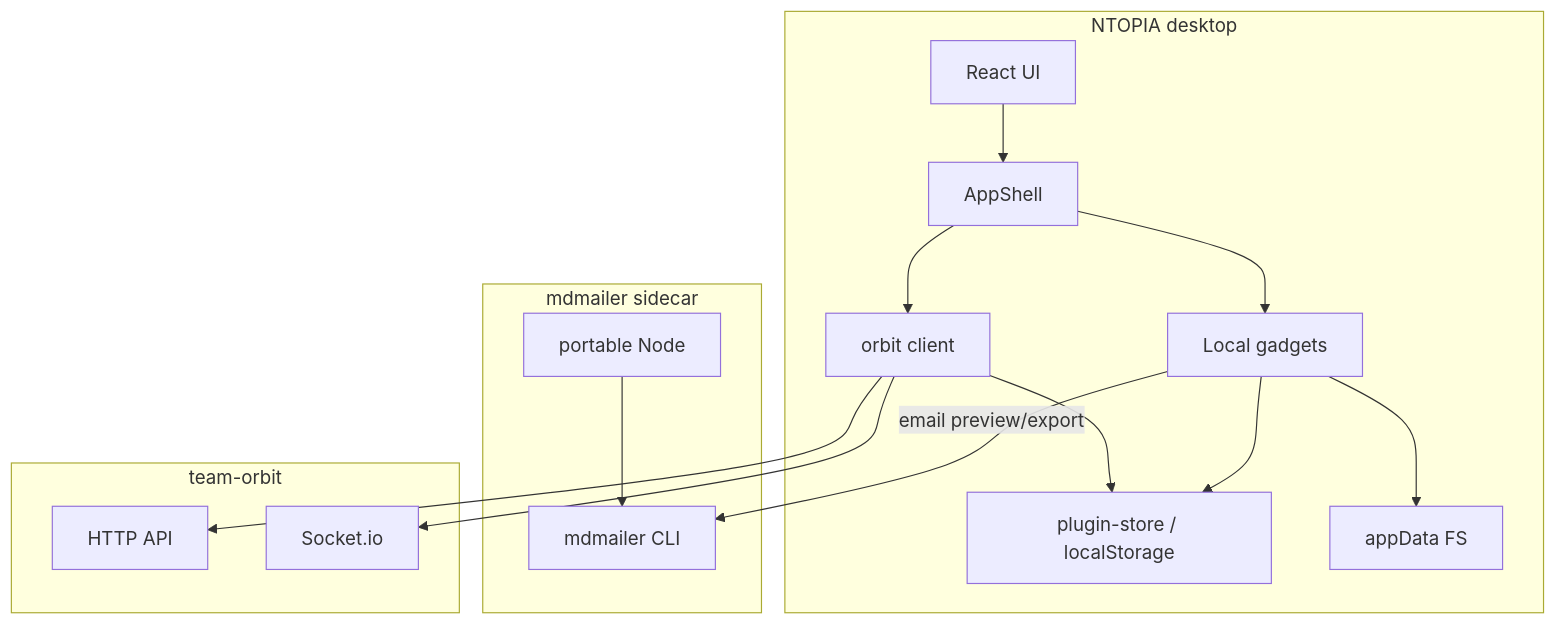
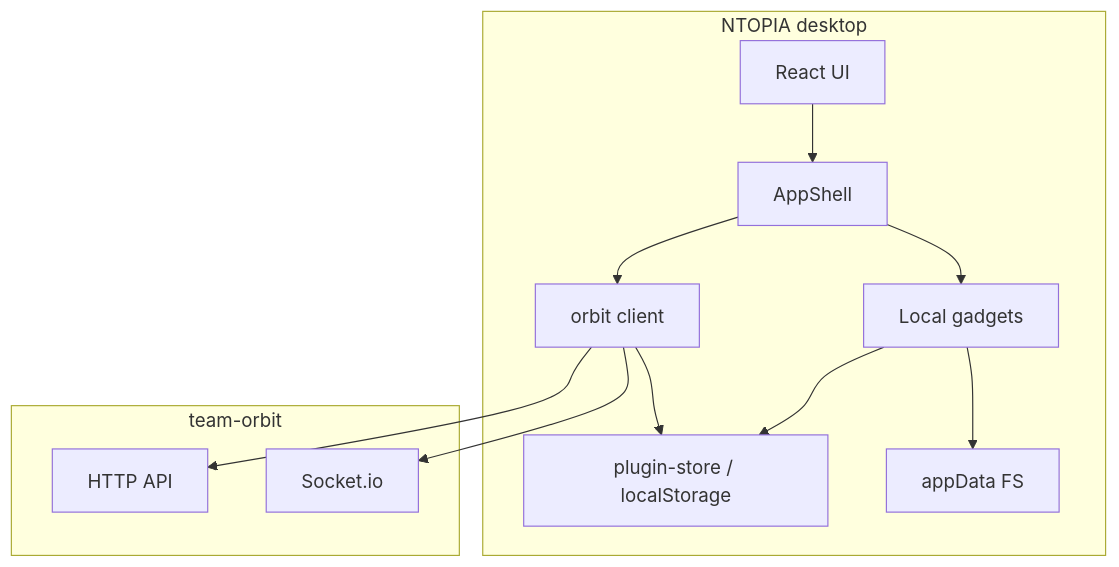
The diagram in docs/architecture.md (cyborgoat/ntopia), drawn with Mermaid before and after one commit. The commit also changed other lines of this file and 44 other files, not shown here.

First line of the commit message:
Render emails in-process with mdmailer-core and drop the Node sidecar

````diff
--- a/docs/architecture.md
+++ b/docs/architecture.md
@@ -37,31 +37,24 @@
 ```mermaid
 flowchart TB
   subgraph client [NTOPIA desktop]
     UI[React UI]
     Shell[AppShell]
     Gadgets[Local gadgets]
     OrbitLib[orbit client]
     Store[plugin-store / localStorage]
     UI --> Shell
     Shell --> Gadgets
     Shell --> OrbitLib
     OrbitLib --> Store
     Gadgets --> Store
     Gadgets --> FS[appData FS]
   end
 
-  subgraph sidecar [mdmailer sidecar]
-    Node[portable Node]
-    Mdmailer[mdmailer CLI]
-    Node --> Mdmailer
-  end
-
   subgraph backend [team-orbit]
     API[HTTP API]
     Socket[Socket.io]
   end
 
   OrbitLib --> API
   OrbitLib --> Socket
-  Gadgets -->|email preview/export| Mdmailer
 ```
````
